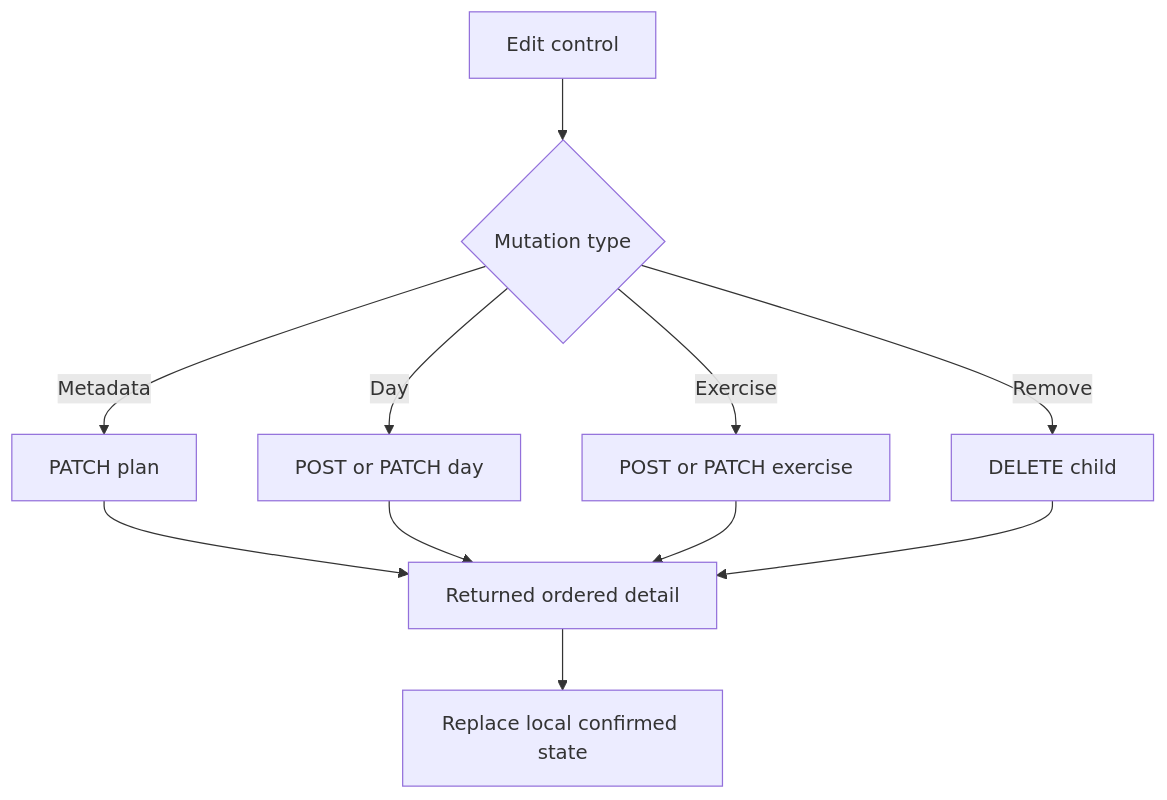
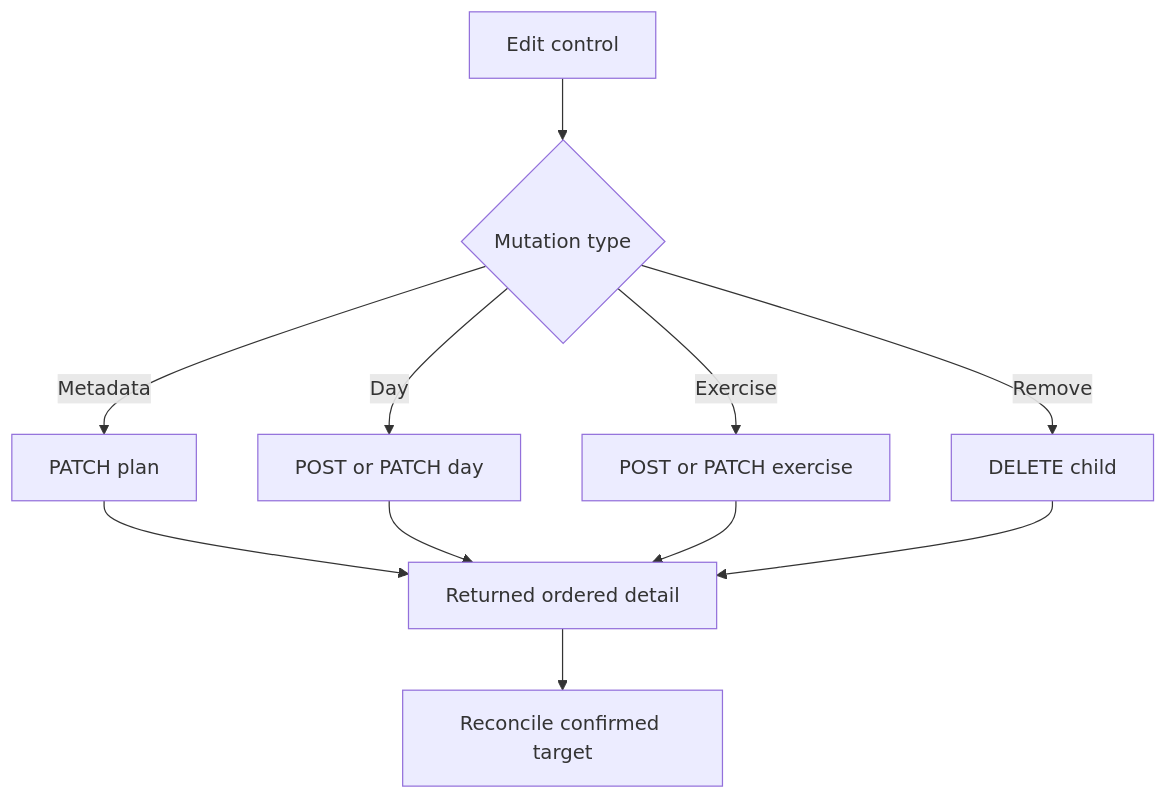
One commit to ibrahimAlhusaini/MetaForm-GYM changed the second of 4 diagrams in docs/workout-plans-frontend/README.md. Above: the diagram before and after it, drawn with Mermaid. The commit also changed other lines of this file and 27 other files, not shown here.

````diff
--- a/docs/workout-plans-frontend/README.md
+++ b/docs/workout-plans-frontend/README.md
@@ -41,13 +43,13 @@
 ```mermaid
 flowchart TD
   A[Edit control] --> B{Mutation type}
   B -->|Metadata| C[PATCH plan]
   B -->|Day| D[POST or PATCH day]
   B -->|Exercise| E[POST or PATCH exercise]
   B -->|Remove| F[DELETE child]
   C --> G[Returned ordered detail]
   D --> G
   E --> G
   F --> G
-  G --> H[Replace local confirmed state]
+  G --> H[Reconcile confirmed target]
 ```
````
